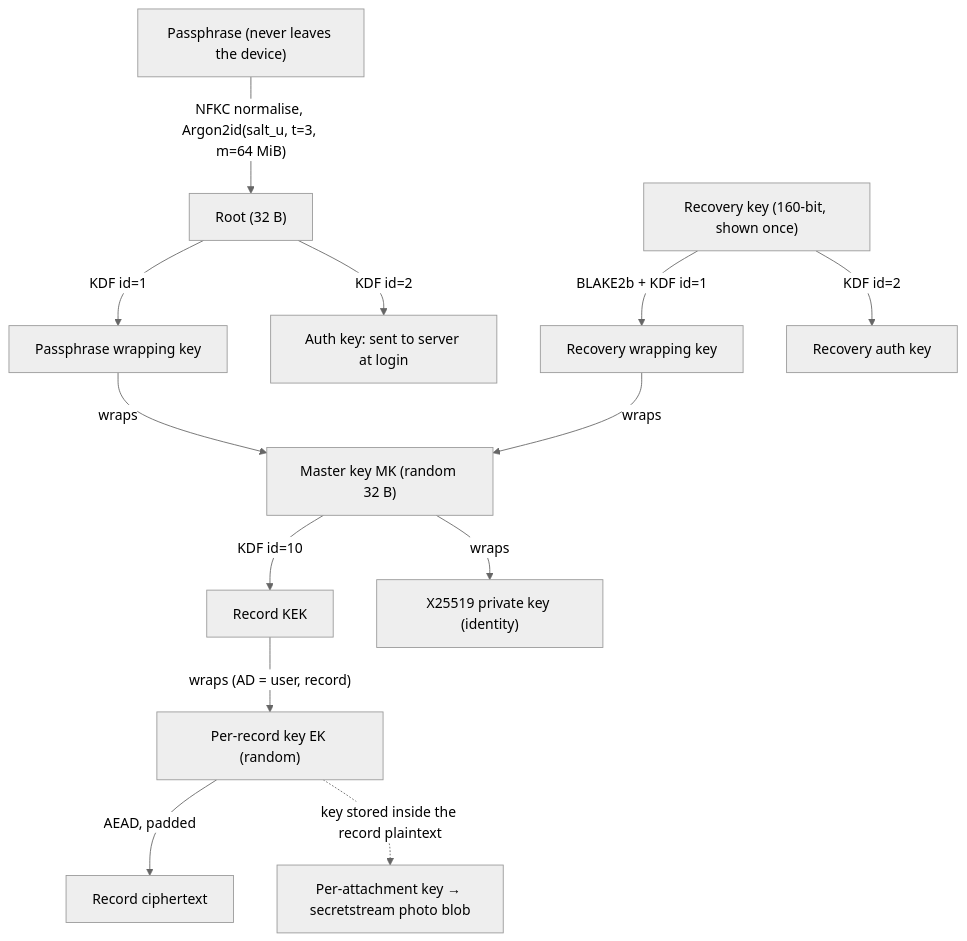
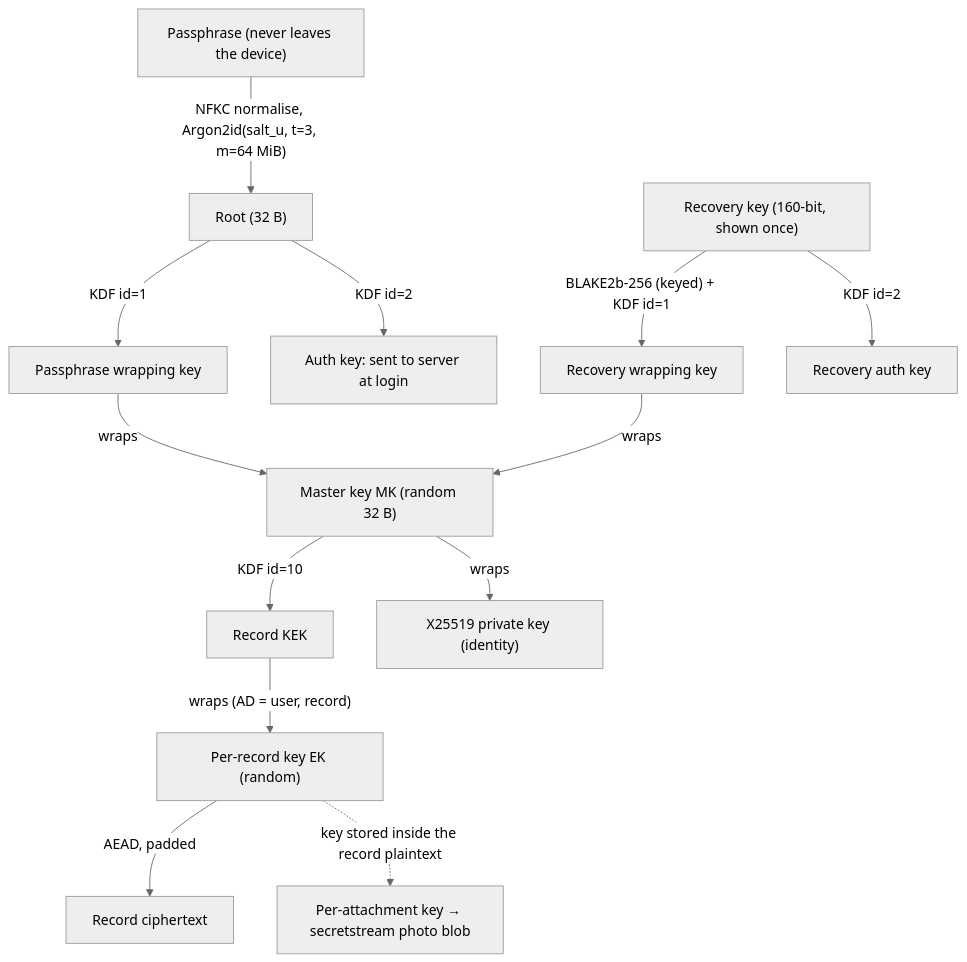
The second of 3 diagrams in docs/ARCHITECTURE.md (vlory73/MyDaybook), drawn with Mermaid (neutral theme) before and after one commit. The commit also changed other lines of this file and 19 other files, not shown here.

````diff
--- a/docs/ARCHITECTURE.md
+++ b/docs/ARCHITECTURE.md
@@ -92,15 +92,15 @@
 ```mermaid
 flowchart TD
   P["Passphrase (never leaves the device)"] -->|"NFKC normalise, Argon2id(salt_u, t=3, m=64 MiB)"| R["Root (32 B)"]
   R -->|"KDF id=1"| PWK["Passphrase wrapping key"]
   R -->|"KDF id=2"| AK["Auth key: sent to server at login"]
-  RK["Recovery key (160-bit, shown once)"] -->|"BLAKE2b + KDF id=1"| RWK["Recovery wrapping key"]
+  RK["Recovery key (160-bit, shown once)"] -->|"BLAKE2b-256 (keyed) + KDF id=1"| RWK["Recovery wrapping key"]
   RK -->|"KDF id=2"| RAK["Recovery auth key"]
   PWK -->|"wraps"| MK["Master key MK (random 32 B)"]
   RWK -->|"wraps"| MK
   MK -->|"KDF id=10"| KEK["Record KEK"]
   MK -->|"wraps"| SK["X25519 private key (identity)"]
   KEK -->|"wraps (AD = user, record)"| EK["Per-record key EK (random)"]
   EK -->|"AEAD, padded"| C["Record ciphertext"]
   EK -.->|"key stored inside the record plaintext"| AKey["Per-attachment key → secretstream photo blob"]
 ```
````
